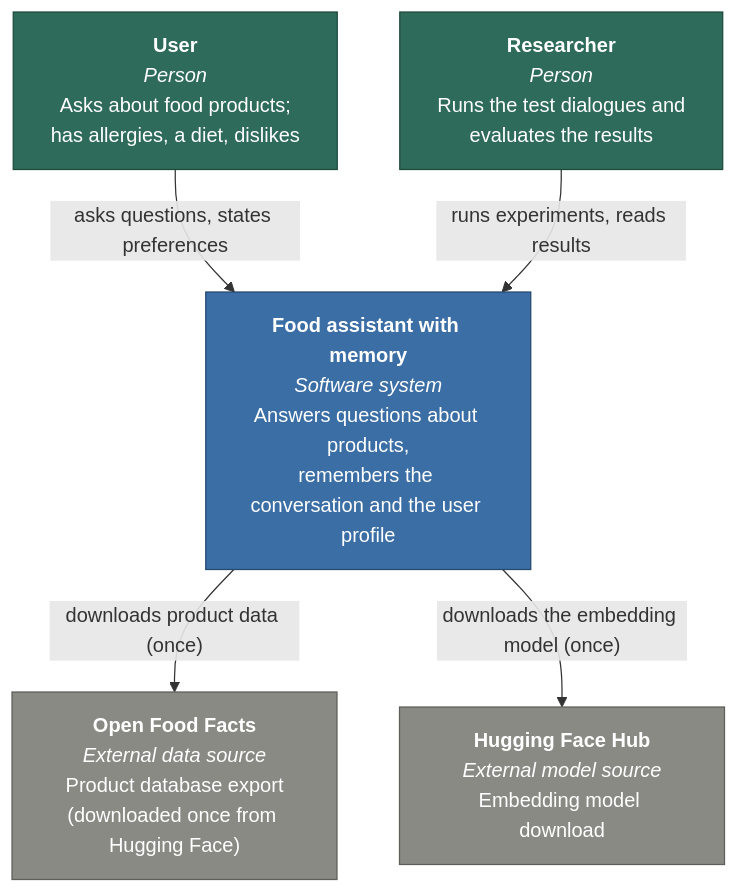
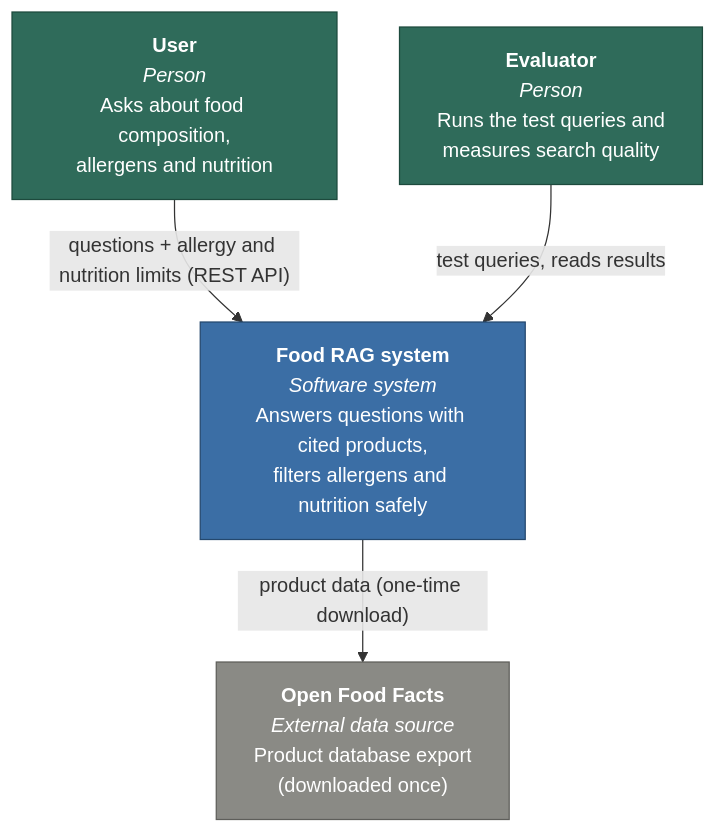
The first of 4 diagrams in docs/ARCHITECTURE.md (vmtoriia/rag-system), drawn with Mermaid before and after one commit. The commit also changed other lines of this file and 3 other files, not shown here.

````diff
--- a/docs/ARCHITECTURE.md
+++ b/docs/ARCHITECTURE.md
@@ -29,20 +31,18 @@
 ```mermaid
 flowchart TB
-    user["<b>User</b><br/><i>Person</i><br/>Asks about food products;<br/>has allergies, a diet, dislikes"]
-    researcher["<b>Researcher</b><br/><i>Person</i><br/>Runs the test dialogues and<br/>evaluates the results"]
-    system["<b>Food assistant with memory</b><br/><i>Software system</i><br/>Answers questions about products,<br/>remembers the conversation and the user profile"]
-    off["<b>Open Food Facts</b><br/><i>External data source</i><br/>Product database export<br/>(downloaded once from Hugging Face)"]
-    hf["<b>Hugging Face Hub</b><br/><i>External model source</i><br/>Embedding model download"]
+    user["<b>User</b><br/><i>Person</i><br/>Asks about food composition,<br/>allergens and nutrition"]
+    evaluator["<b>Evaluator</b><br/><i>Person</i><br/>Runs the test queries and<br/>measures search quality"]
+    system["<b>Food RAG system</b><br/><i>Software system</i><br/>Answers questions with cited products,<br/>filters allergens and nutrition safely"]
+    off["<b>Open Food Facts</b><br/><i>External data source</i><br/>Product database export<br/>(downloaded once)"]
 
-    user -- "asks questions, states preferences" --> system
-    researcher -- "runs experiments, reads results" --> system
-    system -- "downloads product data (once)" --> off
-    system -- "downloads the embedding model (once)" --> hf
+    user -- "questions + allergy and nutrition limits (REST API)" --> system
+    evaluator -- "test queries, reads results" --> system
+    system -- "product data (one-time download)" --> off
 
     classDef person fill:#2f6b5a,stroke:#1d4a3d,color:#ffffff
     classDef sys fill:#3b6ea5,stroke:#24486e,color:#ffffff
     classDef ext fill:#8a8a85,stroke:#5e5e5a,color:#ffffff
-    class user,researcher person
+    class user,evaluator person
     class system sys
-    class off,hf ext
+    class off ext
 ```
````
